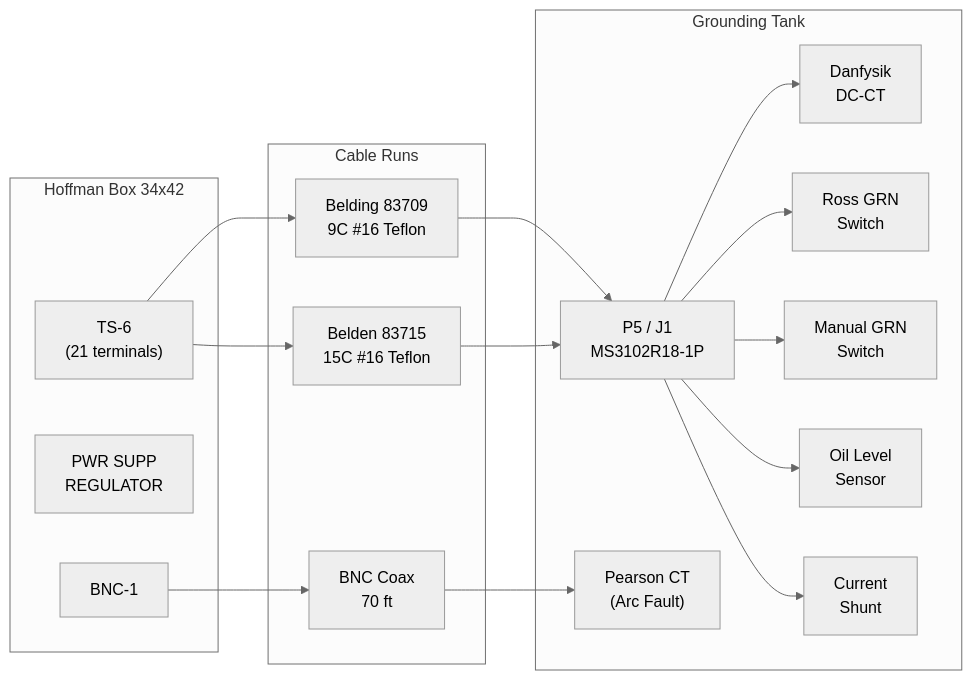
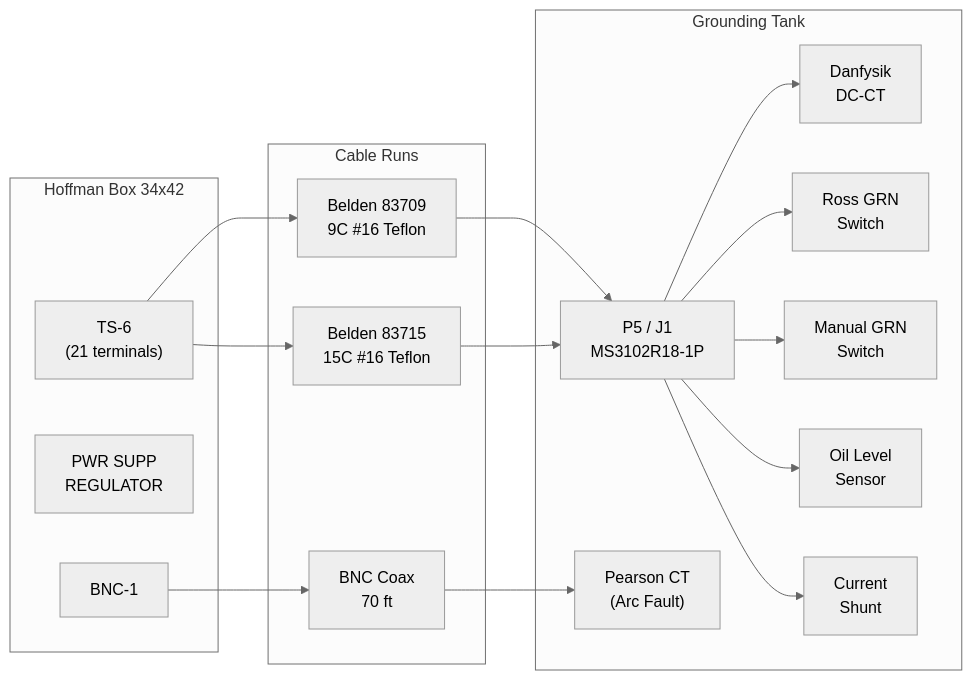
One commit to fayaw/spearlegacyLLRF changed the diagram in pps/diagrams/06_wd7307940600_interconnection_grounding_tank.md. Above: the diagram before and after it, drawn with Mermaid (neutral theme). The commit also changed other lines of this file and 141 other files, not shown here.

````diff
--- a/pps/diagrams/06_wd7307940600_interconnection_grounding_tank.md
+++ b/pps/diagrams/06_wd7307940600_interconnection_grounding_tank.md
@@ -11,29 +22,29 @@
 ```mermaid
 flowchart LR
     subgraph HOFFMAN["Hoffman Box 34x42"]
         TS6["TS-6<br/>(21 terminals)"]
         PS_REG["PWR SUPP<br/>REGULATOR"]
         BNC1_H["BNC-1"]
     end
 
     subgraph CABLES["Cable Runs"]
-        CABLE1["Belding 83709<br/>9C #16 Teflon"]
+        CABLE1["Belden 83709<br/>9C #16 Teflon"]
         CABLE2["Belden 83715<br/>15C #16 Teflon"]  
         COAX_70["BNC Coax<br/>70 ft"]
     end
 
     subgraph TANK["Grounding Tank"]
         P5["P5 / J1<br/>MS3102R18-1P"]
         DANFYSIK_C["Danfysik<br/>DC-CT"]
         ROSS_C["Ross GRN<br/>Switch"]
         MANUAL_C["Manual GRN<br/>Switch"]
         OIL_C["Oil Level<br/>Sensor"]
         SHUNT_C["Current<br/>Shunt"]
         CT_C["Pearson CT<br/>(Arc Fault)"]
     end
 
     TS6 --> CABLE1 --> P5
     TS6 --> CABLE2 --> P5
     BNC1_H --> COAX_70 --> CT_C
     P5 --> DANFYSIK_C & ROSS_C & MANUAL_C & OIL_C & SHUNT_C
 ```
````
